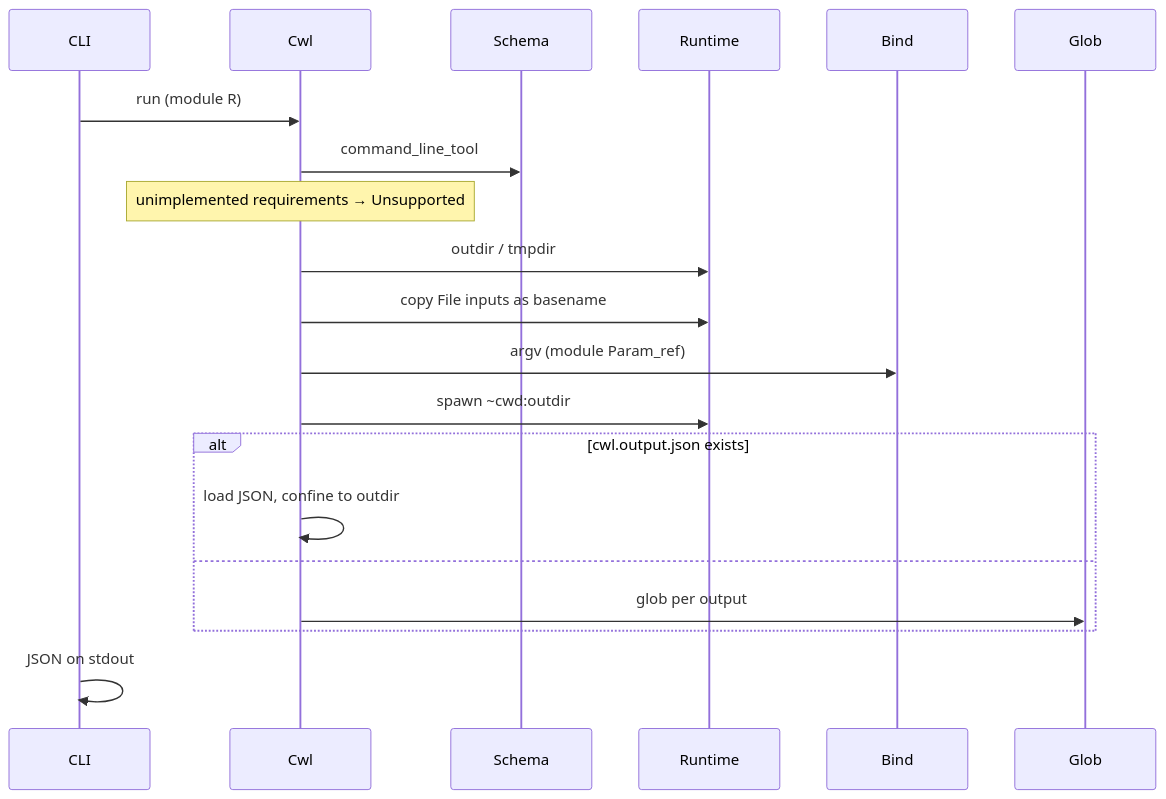
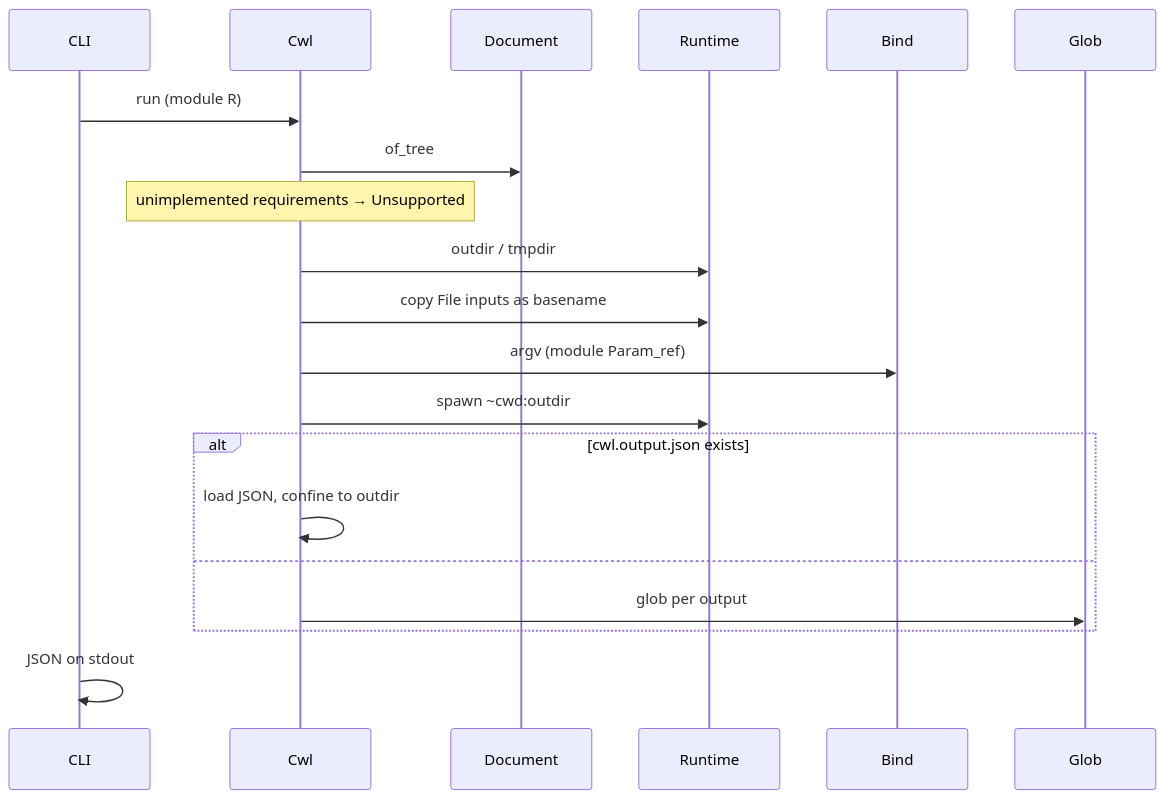
Before and after one commit to vjaganat90/caml-cwl-runner: the second of 2 diagrams in design_docs/runner.md, drawn with Mermaid. The commit also changed other lines of this file and 21 other files, not shown here.

Commit message:
refactor: accurately renamed Doc to Untype_tree and clear CommandLineTool and Workflow modules

````diff
--- a/design_docs/runner.md
+++ b/design_docs/runner.md
@@ -100,22 +110,22 @@
 ```mermaid
 sequenceDiagram
   participant CLI
   participant Cwl
-  participant Schema
+  participant Document
   participant Runtime
   participant Bind
   participant Glob
   CLI->>Cwl: run (module R)
-  Cwl->>Schema: command_line_tool
+  Cwl->>Document: of_tree
   Note over Cwl: unimplemented requirements → Unsupported
   Cwl->>Runtime: outdir / tmpdir
   Cwl->>Runtime: copy File inputs as basename
   Cwl->>Bind: argv (module Param_ref)
   Cwl->>Runtime: spawn ~cwd:outdir
   alt cwl.output.json exists
     Cwl->>Cwl: load JSON, confine to outdir
   else
     Cwl->>Glob: glob per output
   end
   CLI->>CLI: JSON on stdout
 ```
````
